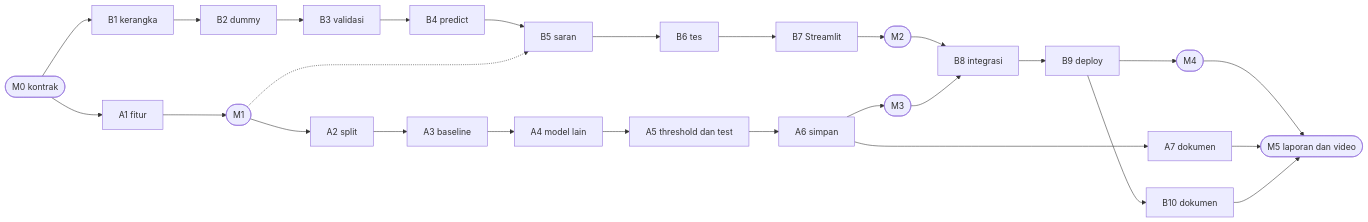
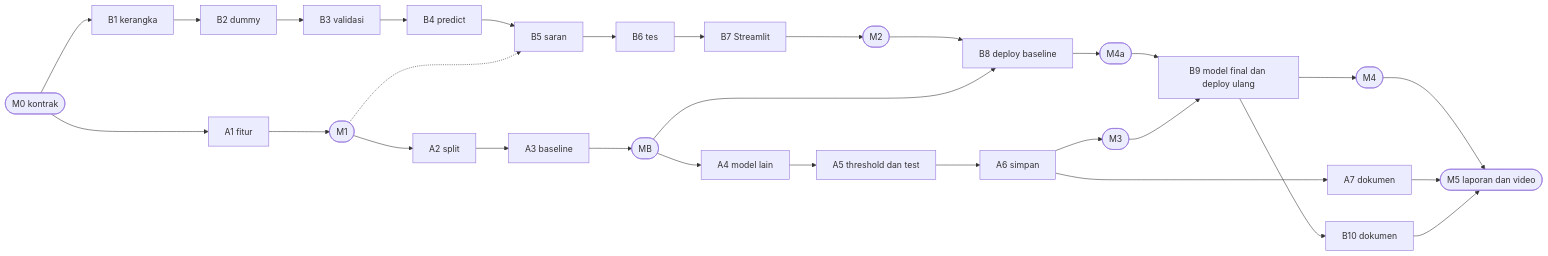
The second of 2 diagrams in docs/PRD.md (FarahAuliaKirana/qc-injection-molding), drawn with Mermaid before and after one commit. The commit also changed other lines of this file and 1 other file, not shown here.

Commit message:
Dokumen: keputusan M0 (split, biaya, Python 3.12) dan penyesuaian dengan brief dosen

````diff
--- a/docs/PRD.md
+++ b/docs/PRD.md
@@ -641,12 +687,14 @@
 ```mermaid
 flowchart LR
-    M0([M0 kontrak]) --> A1[A1 fitur] --> M1([M1]) --> A2[A2 split] --> A3[A3 baseline] --> A4[A4 model lain] --> A5[A5 threshold dan test] --> A6[A6 simpan] --> M3([M3])
+    M0([M0 kontrak]) --> A1[A1 fitur] --> M1([M1]) --> A2[A2 split] --> A3[A3 baseline] --> MB([MB]) --> A4[A4 model lain] --> A5[A5 threshold dan test] --> A6[A6 simpan] --> M3([M3])
     M0 --> B1[B1 kerangka] --> B2[B2 dummy] --> B3[B3 validasi] --> B4[B4 predict] --> B5[B5 saran] --> B6[B6 tes] --> B7[B7 Streamlit] --> M2([M2])
     M1 -.-> B5
-    M2 --> B8[B8 integrasi]
-    M3 --> B8 --> B9[B9 deploy] --> M4([M4])
+    M2 --> B8[B8 deploy baseline]
+    MB --> B8 --> M4a([M4a])
+    M4a --> B9[B9 model final dan deploy ulang]
+    M3 --> B9 --> M4([M4])
     A6 --> A7[A7 dokumen]
     M4 --> M5([M5 laporan dan video])
     A7 --> M5
     B9 --> B10[B10 dokumen] --> M5
 ```
````
